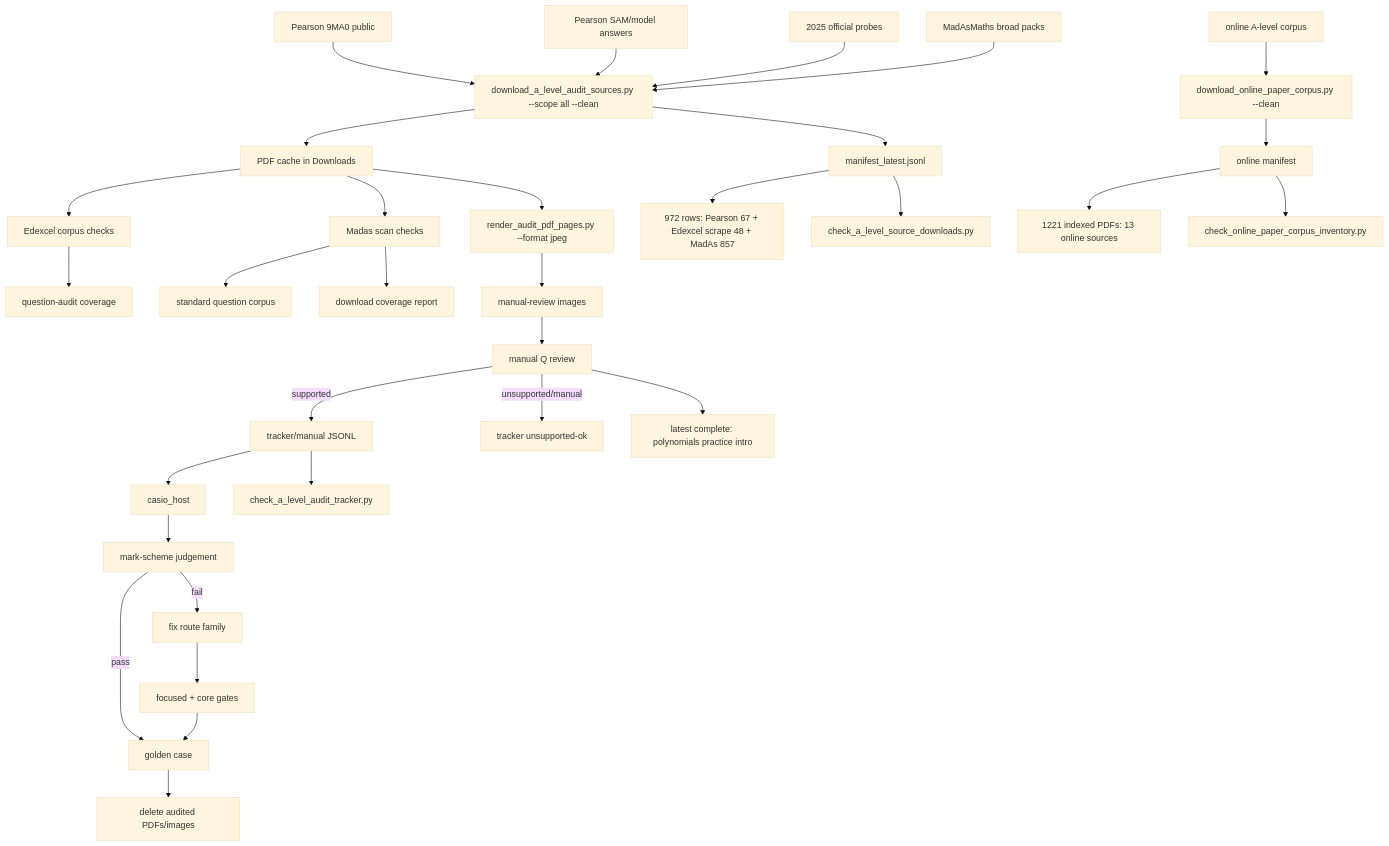
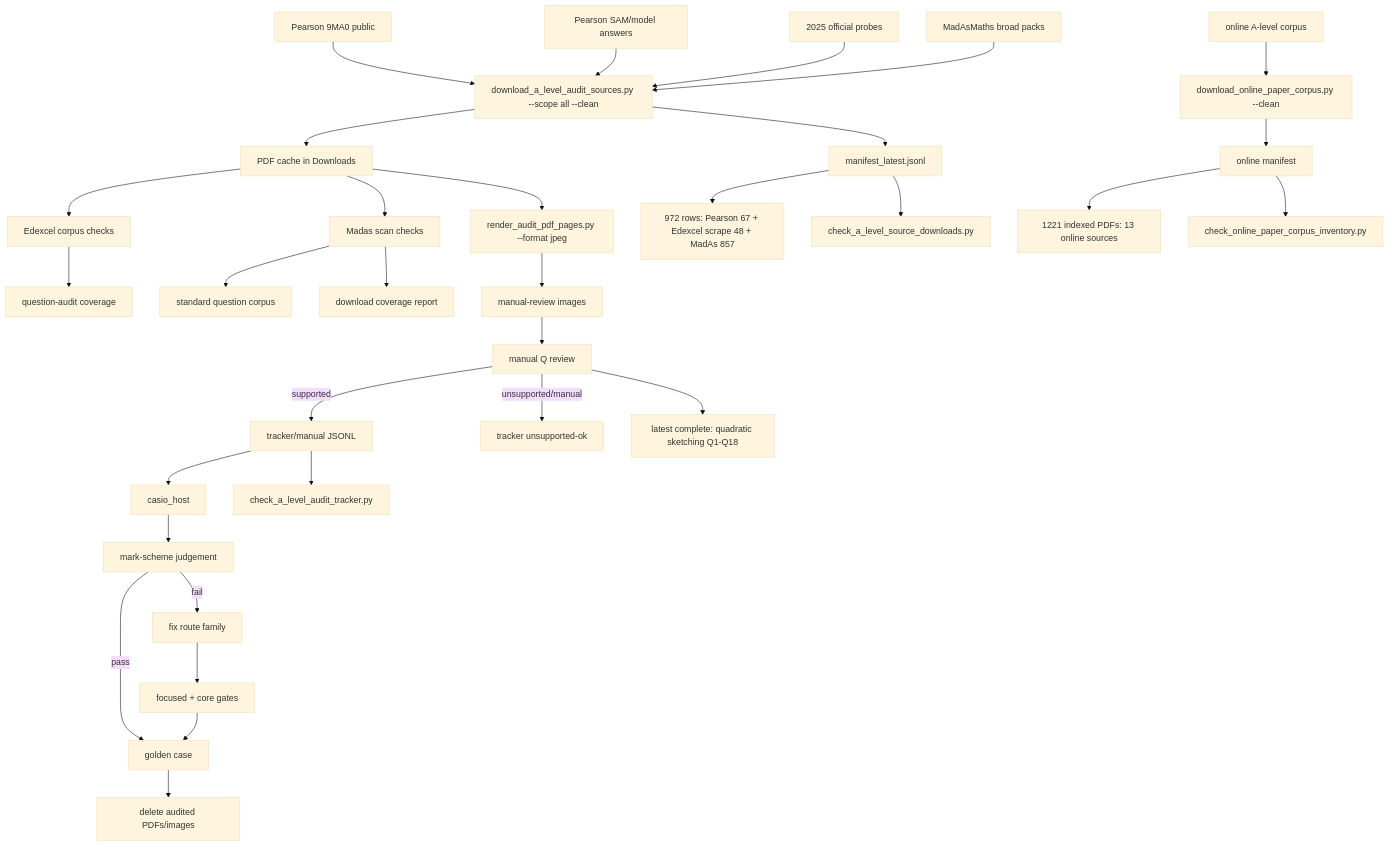
The diagram in c++/tools/golden/a_level_audit_graph.md (james8464/notes-addin-casio-fx-cg50), drawn with Mermaid (base theme) before and after one commit. The commit also changed other lines of this file and 2 other files, not shown here.

Commit message:
Audit quadratic sketching questions

````diff
--- a/c++/tools/golden/a_level_audit_graph.md
+++ b/c++/tools/golden/a_level_audit_graph.md
@@ -3,34 +3,34 @@
 ```mermaid
 graph TD
   E1["Pearson 9MA0 public"] --> D["download_a_level_audit_sources.py --scope all --clean"]
   E2["Pearson SAM/model answers"] --> D
   E3["2025 official probes"] --> D
   M1["MadAsMaths broad packs"] --> D
   O1["online A-level corpus"] --> OD["download_online_paper_corpus.py --clean"]
   D --> P["PDF cache in Downloads"]
   D --> X["manifest_latest.jsonl"]
   OD --> OX["online manifest"]
   X --> XC["972 rows: Pearson 67 + Edexcel scrape 48 + MadAs 857"]
   OX --> OC["1221 indexed PDFs: 13 online sources"]
   X --> V["check_a_level_source_downloads.py"]
   OX --> OV["check_online_paper_corpus_inventory.py"]
   P --> E["Edexcel corpus checks"]
   E --> EQ["question-audit coverage"]
   P --> S["Madas scan checks"]
   S --> M["standard question corpus"]
   S --> MC["download coverage report"]
   P --> R["render_audit_pdf_pages.py --format jpeg"]
   R --> I["manual-review images"]
   I --> Q["manual Q review"]
   Q -->|supported| J["tracker/manual JSONL"]
   Q -->|unsupported/manual| U["tracker unsupported-ok"]
   J --> H["casio_host"]
   J --> K["check_a_level_audit_tracker.py"]
   H --> C["mark-scheme judgement"]
   C -->|pass| G["golden case"]
   C -->|fail| F["fix route family"]
   F --> T["focused + core gates"]
   T --> G
   G --> Z["delete audited PDFs/images"]
-  Q --> PPractice["latest complete: polynomials practice intro"]
+  Q --> QSketch["latest complete: quadratic sketching Q1-Q18"]
 ```
````
